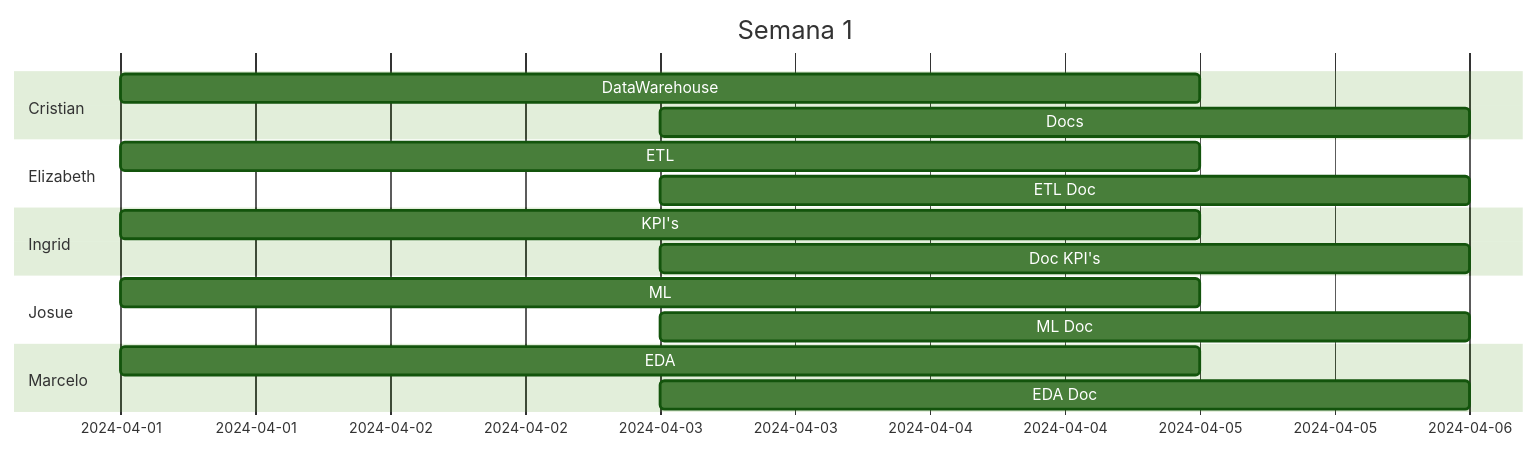
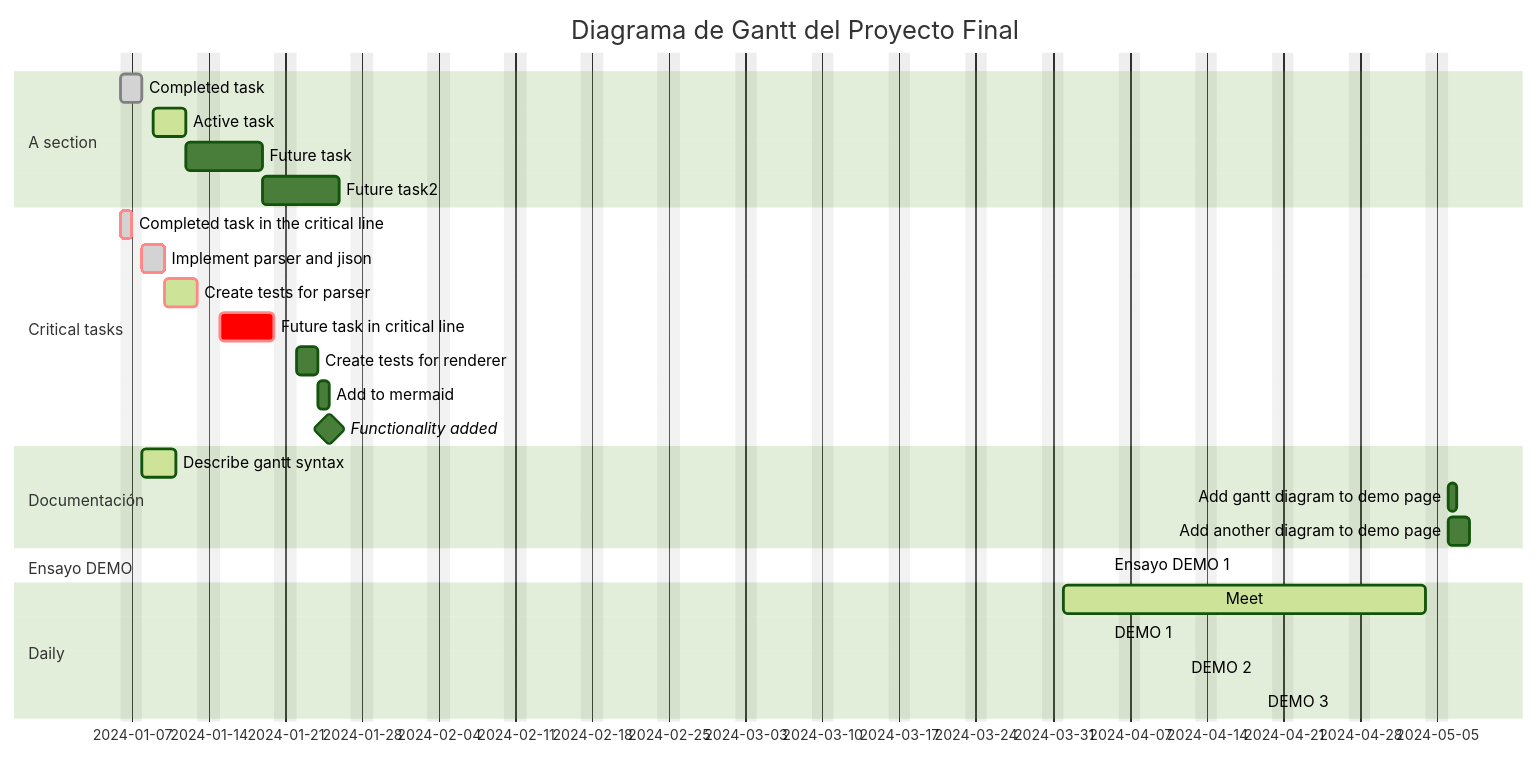
Before and after one commit to marceloyuba/SDT: the diagram in README.md, drawn with Mermaid (forest theme).

````diff
--- a/README.md
+++ b/README.md
@@ -9,29 +9,37 @@
 ```mermaid
 gantt
-    title Semana 1
+    dateFormat  YYYY-MM-DD
+    title       Diagrama de Gantt del Proyecto Final
+    excludes    weekends
+    %% (`excludes` accepts specific dates in YYYY-MM-DD format, days of the week ("sunday") or "weekends", but not the word "weekdays".)
 
- section Cristian
-    DataWarehouse      :a1, 2024-04-01, 4d
-    Docs               :after a1, 2024-04-03, 3d
+    section A section
+    Completed task            :done,    des1, 2024-01-06,2024-01-08
+    Active task               :active,  des2, 2024-01-09, 3d
+    Future task               :         des3, after des2, 5d
+    Future task2              :         des4, after des3, 5d
 
+    section Critical tasks
+    Completed task in the critical line :crit, done, 2024-01-06,24h
+    Implement parser and jison          :crit, done, after des1, 2d
+    Create tests for parser             :crit, active, 3d
+    Future task in critical line        :crit, 5d
+    Create tests for renderer           :2d
+    Add to mermaid                      :until isadded
+    Functionality added                 :milestone, isadded, 2024-01-25, 0d
 
-  section Elizabeth
-    ETL           :a2, 2024-04-01, 4d
-    ETL Doc    :after a2, 2024-04-03, 3d
+    section Documentación
+    Describe gantt syntax               :active, a1, after des1, 3d
+    Add gantt diagram to demo page      :after a1  , 20h
+    Add another diagram to demo page    :doc1, after a1  , 48h
 
-section Ingrid
-    KPI's          :a3, 2024-04-01, 4d
-    Doc KPI's       :after a3,2024-04-03, 3d
+    section Ensayo DEMO
+    Ensayo DEMO 1                       :2024-04-05, 0d
 
-section Josue
-     ML           :a4, 2024-04-01, 4d
-    ML Doc        :after a4,2024-04-03, 3d
-
-section Marcelo
-    EDA           :a5, 2024-04-01, 4d
-    EDA Doc       :after a5, 2024-04-03, 3d
-    
-
-   
+    section Daily
+    Meet               :active, a1, 2024-04-01, 25d
+    DEMO 1                             :after Meet, 2024-04-05, 0d
+    DEMO 2                             :after Meet, 2024-04-12, 0d
+    DEMO 3                             :after DEMO 2, 2024-04-19, 0d
 
 ```
````
